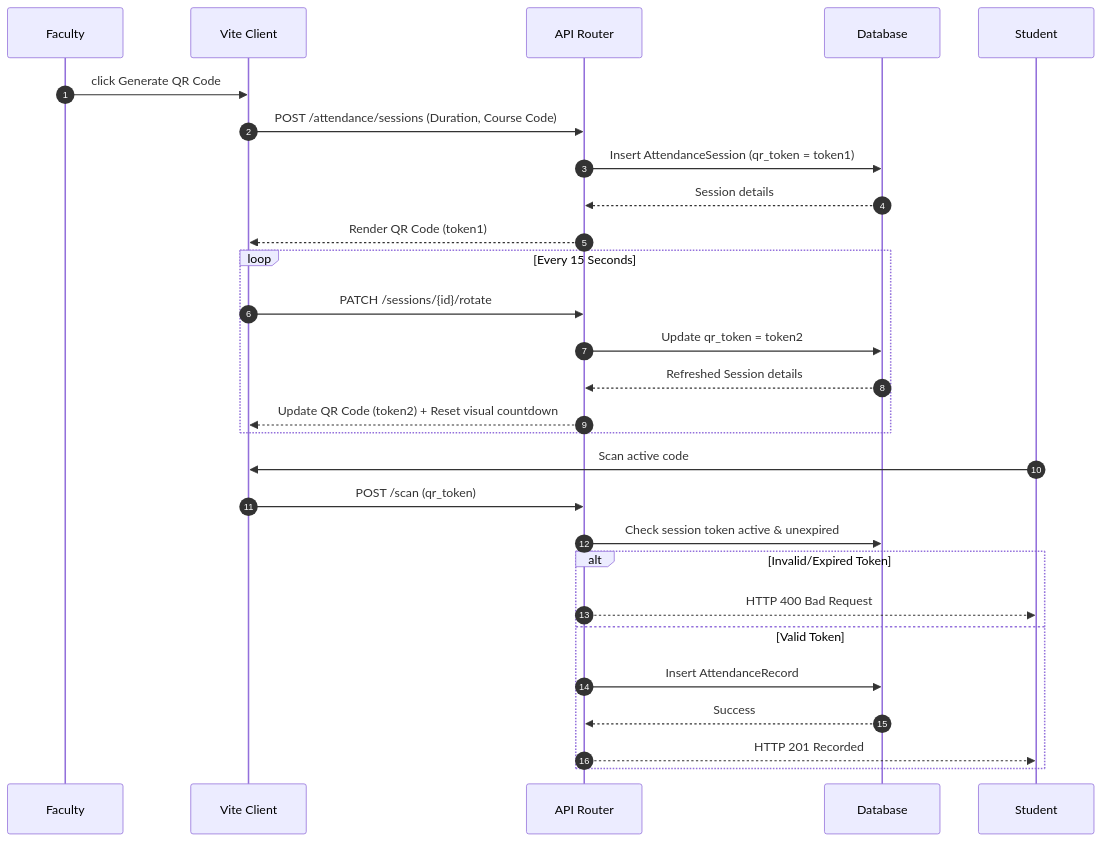
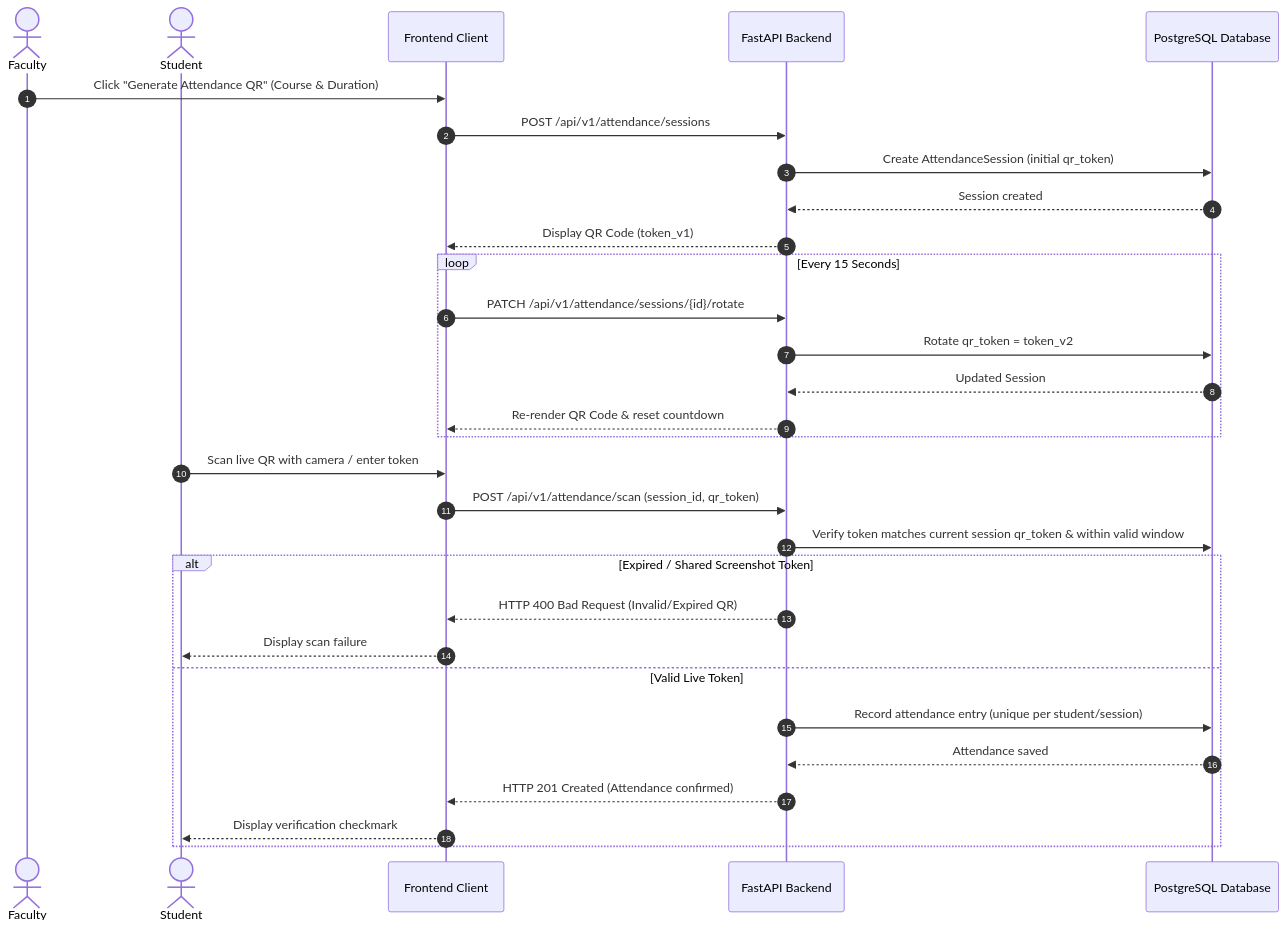
The second of 6 diagrams in README.md (VARDHANKANDA/CampusOne), drawn with Mermaid before and after one commit. The commit also changed other lines of this file and 8 other files, not shown here.

````diff
--- a/README.md
+++ b/README.md
@@ -70,27 +151,35 @@
 ```mermaid
 sequenceDiagram
     autonumber
-    Faculty->>Vite Client: click Generate QR Code
-    Vite Client->>API Router: POST /attendance/sessions (Duration, Course Code)
-    API Router->>Database: Insert AttendanceSession (qr_token = token1)
-    Database-->>API Router: Session details
-    API Router-->>Vite Client: Render QR Code (token1)
+    actor Faculty
+    actor Student
+    participant UI as Frontend Client
+    participant API as FastAPI Backend
+    participant DB as PostgreSQL Database
+
+    Faculty->>UI: Click "Generate Attendance QR" (Course & Duration)
+    UI->>API: POST /api/v1/attendance/sessions
+    API->>DB: Create AttendanceSession (initial qr_token)
+    DB-->>API: Session created
+    API-->>UI: Display QR Code (token_v1)
     
     loop Every 15 Seconds
-        Vite Client->>API Router: PATCH /sessions/{id}/rotate
-        API Router->>Database: Update qr_token = token2
-        Database-->>API Router: Refreshed Session details
-        API Router-->>Vite Client: Update QR Code (token2) + Reset visual countdown
+        UI->>API: PATCH /api/v1/attendance/sessions/{id}/rotate
+        API->>DB: Rotate qr_token = token_v2
+        DB-->>API: Updated Session
+        API-->>UI: Re-render QR Code & reset countdown
     end
 
-    Student->>Vite Client: Scan active code
-    Vite Client->>API Router: POST /scan (qr_token)
-    API Router->>Database: Check session token active & unexpired
-    alt Invalid/Expired Token
-        API Router-->>Student: HTTP 400 Bad Request
-    else Valid Token
-        API Router->>Database: Insert AttendanceRecord
-        Database-->>API Router: Success
-        API Router-->>Student: HTTP 201 Recorded
+    Student->>UI: Scan live QR with camera / enter token
+    UI->>API: POST /api/v1/attendance/scan (session_id, qr_token)
+    API->>DB: Verify token matches current session qr_token & within valid window
+    alt Expired / Shared Screenshot Token
+        API-->>UI: HTTP 400 Bad Request (Invalid/Expired QR)
+        UI-->>Student: Display scan failure
+    else Valid Live Token
+        API->>DB: Record attendance entry (unique per student/session)
+        DB-->>API: Attendance saved
+        API-->>UI: HTTP 201 Created (Attendance confirmed)
+        UI-->>Student: Display verification checkmark
     end
 ```
````
